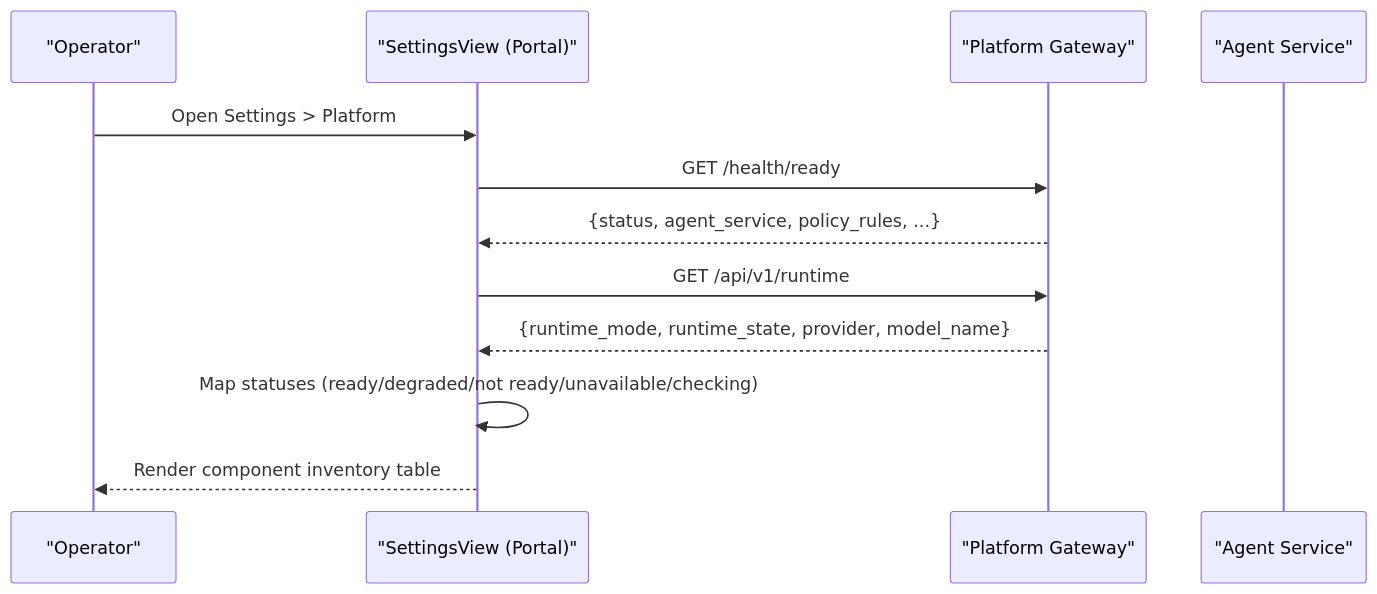
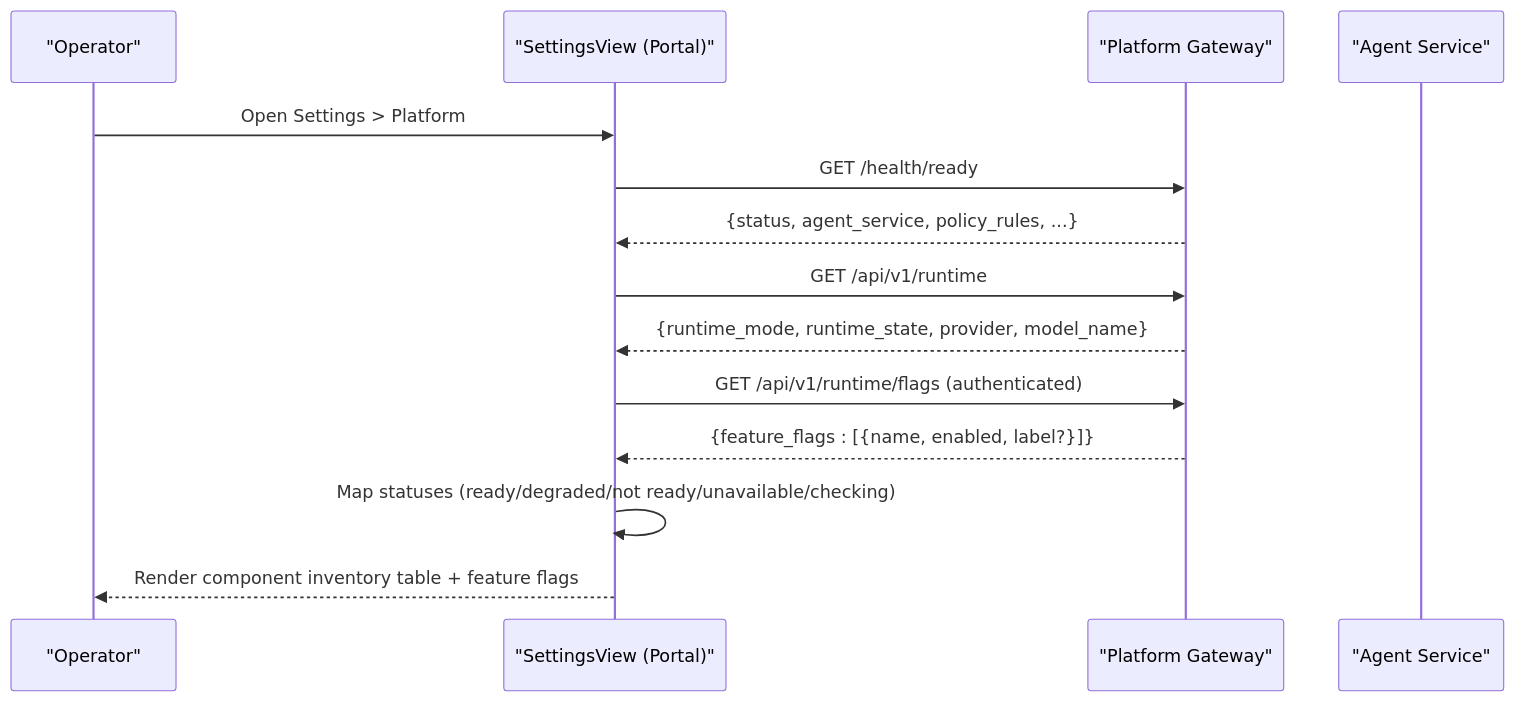
Before and after one commit to metasync/luban-aiops: the second of 9 diagrams in .qoder/repowiki/en/content/Operator Portal/Settings & Configuration.md, drawn with Mermaid. The commit also changed other lines of this file and 6 other files, not shown here.

````diff
--- a/.qoder/repowiki/en/content/Operator Portal/Settings & Configuration.md
+++ b/.qoder/repowiki/en/content/Operator Portal/Settings & Configuration.md
@@ -78,14 +89,16 @@
 ```mermaid
 sequenceDiagram
 participant User as "Operator"
 participant Portal as "SettingsView (Portal)"
 participant GW as "Platform Gateway"
 participant Agent as "Agent Service"
 User->>Portal : Open Settings > Platform
 Portal->>GW : GET /health/ready
 GW-->>Portal : {status, agent_service, policy_rules, ...}
 Portal->>GW : GET /api/v1/runtime
 GW-->>Portal : {runtime_mode, runtime_state, provider, model_name}
+Portal->>GW : GET /api/v1/runtime/flags (authenticated)
+GW-->>Portal : {feature_flags : [{name, enabled, label?}]}
 Portal->>Portal : Map statuses (ready/degraded/not ready/unavailable/checking)
-Portal-->>User : Render component inventory table
+Portal-->>User : Render component inventory table + feature flags
 ```
````
